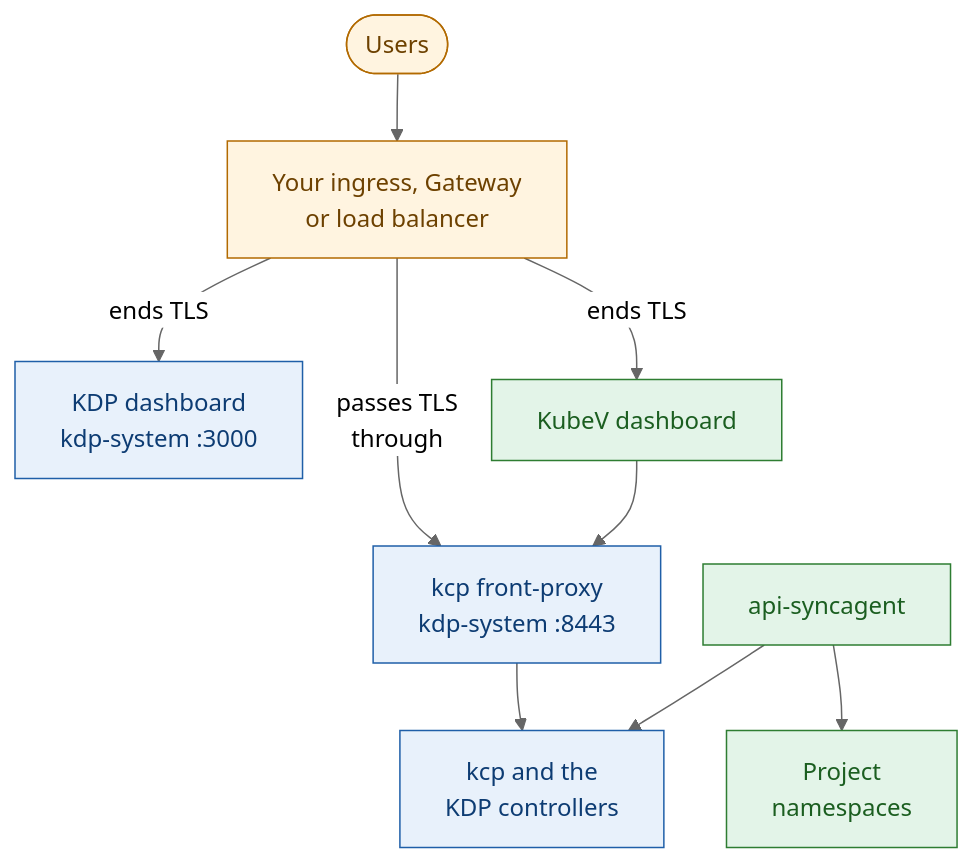
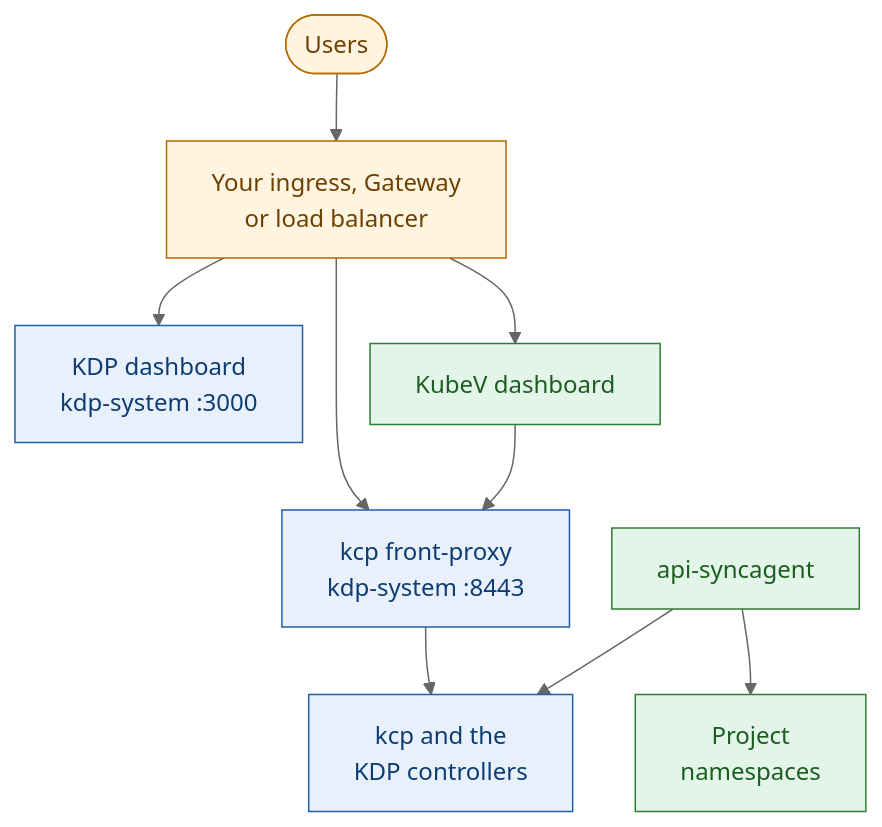
One commit to kubermatic/docs changed the first of 2 diagrams in content/kubermatic-virtualization/main/kdp-integration/installation/same-layer/_index.en.md. Above: the diagram before and after it, drawn with Mermaid (neutral theme). The commit also changed other lines of this file and 1 other file, not shown here.

````diff
--- a/content/kubermatic-virtualization/main/kdp-integration/installation/same-layer/_index.en.md
+++ b/content/kubermatic-virtualization/main/kdp-integration/installation/same-layer/_index.en.md
@@ -11,33 +11,33 @@
 ```mermaid
 ---
 config:
   flowchart:
     nodeSpacing: 25
     rankSpacing: 45
 ---
 flowchart TB
   users(["Users"])
   edge["Your ingress, Gateway<br/>or load balancer"]
   kdpui["KDP dashboard<br/>kdp-system :3000"]
   fp["kcp front-proxy<br/>kdp-system :8443"]
   kubev["KubeV dashboard"]
   kcp["kcp and the<br/>KDP controllers"]
   agent["api-syncagent"]
   tenants["Project<br/>namespaces"]
 
   users --> edge
-  edge -->|"ends TLS"| kdpui
-  edge -->|"passes TLS<br/>through"| fp
-  edge -->|"ends TLS"| kubev
+  edge --> kdpui
+  edge --> fp
+  edge --> kubev
   fp --> kcp
   kubev --> fp
   agent --> kcp
   agent --> tenants
 
   classDef kdp fill:#e8f1fb,stroke:#1f5fa8,color:#0d3c73
   classDef kv fill:#e3f4e8,stroke:#2e7d32,color:#1b5e20
   classDef ext fill:#fff4e0,stroke:#b26a00,color:#6d4100
   class kdpui,fp,kcp kdp
   class kubev,agent,tenants kv
   class users,edge ext
 ```
````
